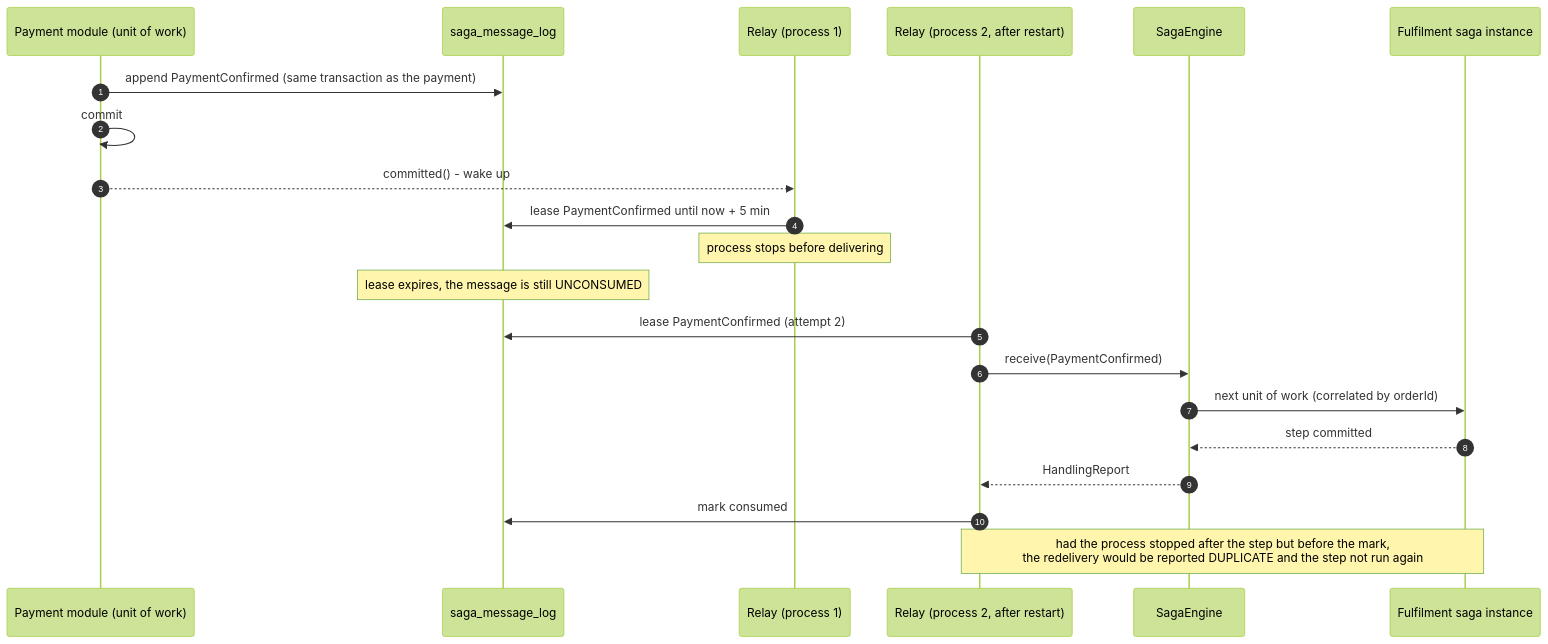
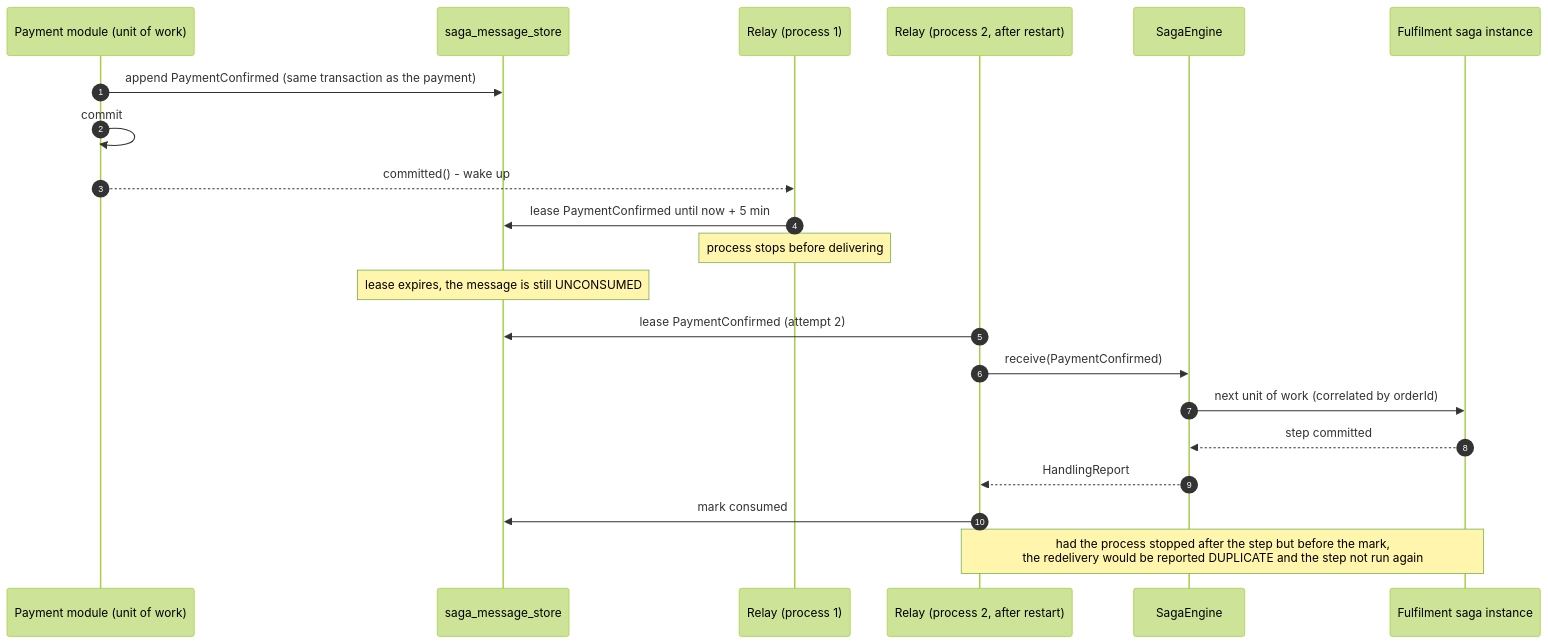
The second of 3 diagrams in docs/architecture.md (gkosharovdev/saga-forge), drawn with Mermaid (forest theme) before and after one commit. The commit also changed other lines of this file and 141 other files, not shown here.

First line of the commit message:
Rename MessageLog to MessageStore and LOGGED to OUTBOX (007-in-memory-transport)

````diff
--- a/docs/architecture.md
+++ b/docs/architecture.md
@@ -169,24 +169,24 @@
 ```mermaid
 sequenceDiagram
     autonumber
     participant A as Payment module (unit of work)
-    participant Log as saga_message_log
+    participant Log as saga_message_store
     participant R1 as Relay (process 1)
     participant R2 as Relay (process 2, after restart)
     participant E as SagaEngine
     participant S as Fulfilment saga instance
 
     A->>Log: append PaymentConfirmed (same transaction as the payment)
     A->>A: commit
     A-->>R1: committed() - wake up
     R1->>Log: lease PaymentConfirmed until now + 5 min
     Note over R1: process stops before delivering
     Note over Log: lease expires, the message is still UNCONSUMED
     R2->>Log: lease PaymentConfirmed (attempt 2)
     R2->>E: receive(PaymentConfirmed)
     E->>S: next unit of work (correlated by orderId)
     S-->>E: step committed
     E-->>R2: HandlingReport
     R2->>Log: mark consumed
     Note over R2,S: had the process stopped after the step but before the mark,<br/>the redelivery would be reported DUPLICATE and the step not run again
 ```
````
